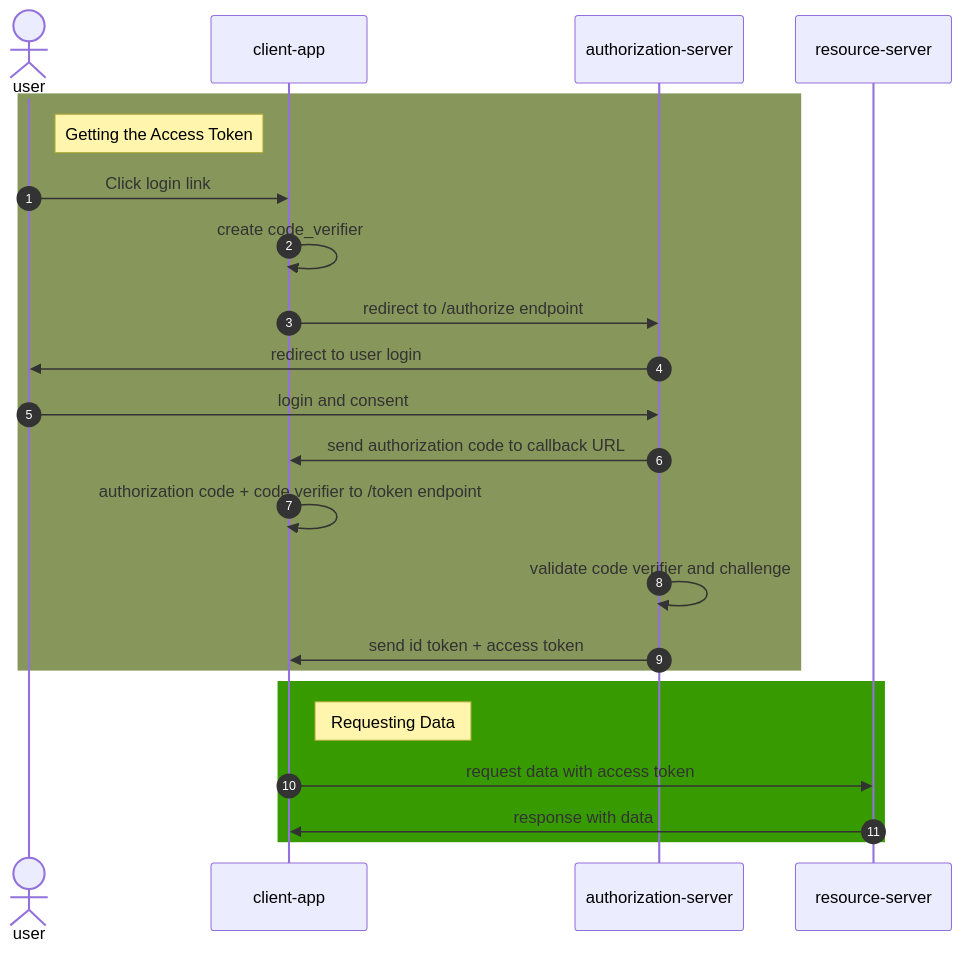
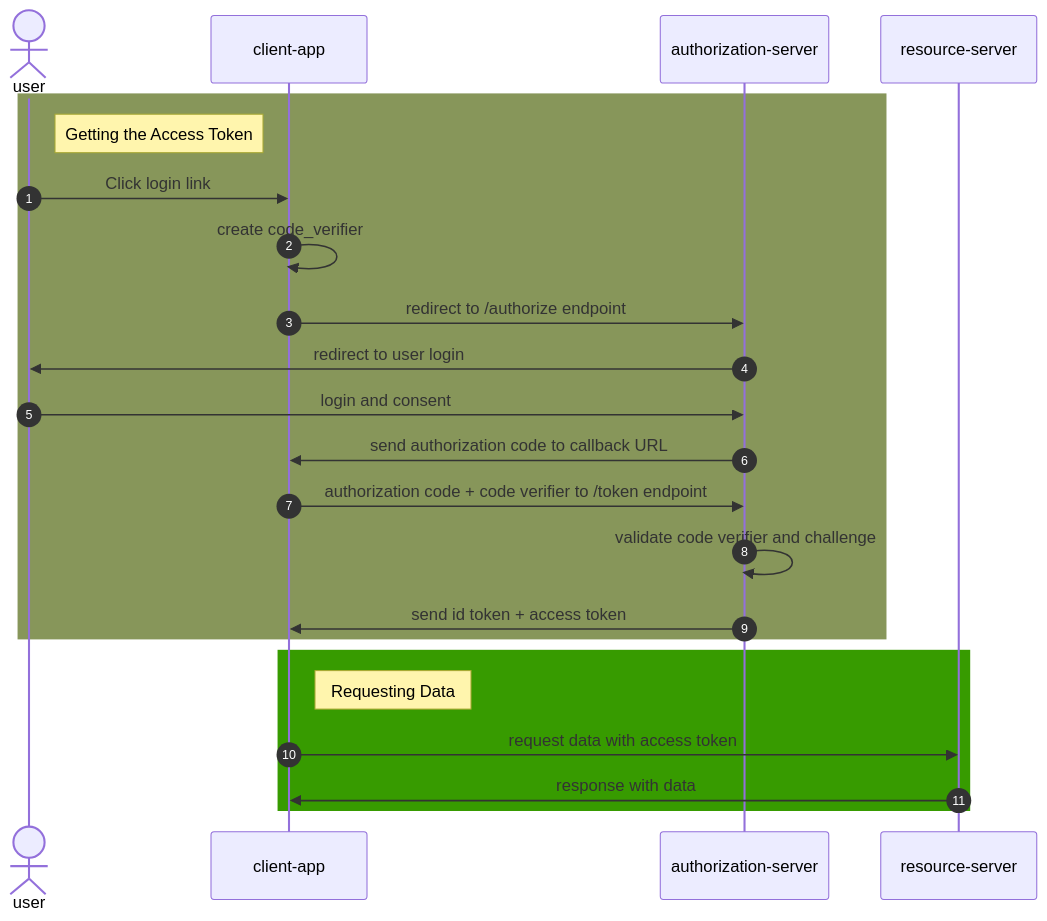
One commit to maddingo/oauth2-tutorial changed the first of 2 diagrams in README.md. Above: the diagram before and after it, drawn with Mermaid. The commit also changed 1 other file, not shown here.

Commit message:
Fix error in PKCE diagram

````diff
--- a/README.md
+++ b/README.md
@@ -12,26 +12,26 @@
 ```mermaid
 sequenceDiagram
     autonumber
     actor user
     participant client-app
     participant authorization-server
     participant resource-server
 
     rect rgb(135, 150, 90)
     Note right of user: Getting the Access Token
     user ->> client-app: Click login link
     client-app ->> client-app: create code_verifier
     client-app ->> authorization-server: redirect to /authorize endpoint
     authorization-server ->> user: redirect to user login
     user ->> authorization-server: login and consent
     authorization-server ->> client-app: send authorization code to callback URL
-    client-app ->> client-app: authorization code + code verifier to /token endpoint
+    client-app ->> authorization-server: authorization code + code verifier to /token endpoint
     authorization-server ->> authorization-server: validate code verifier and challenge
     authorization-server ->> client-app: send id token + access token
     end
     rect rgb(55, 155, 0)
     Note right of client-app: Requesting Data
     client-app ->> resource-server: request data with access token
     resource-server ->> client-app: response with data
     end
 ```
````
